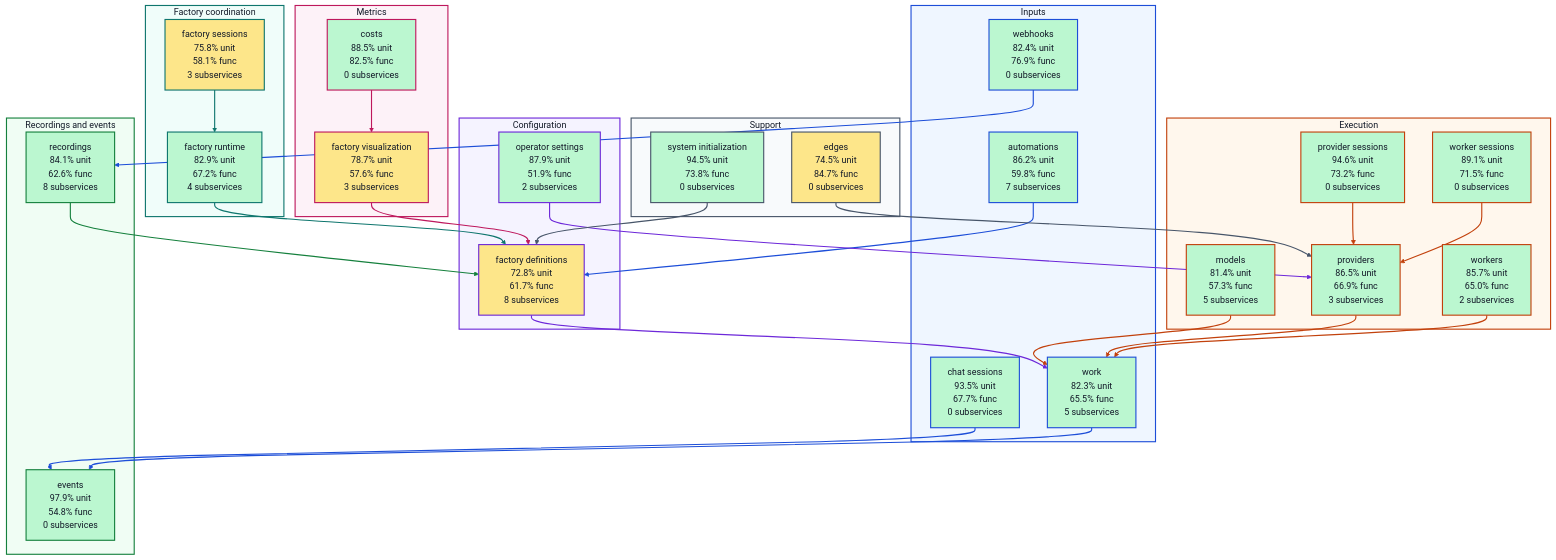
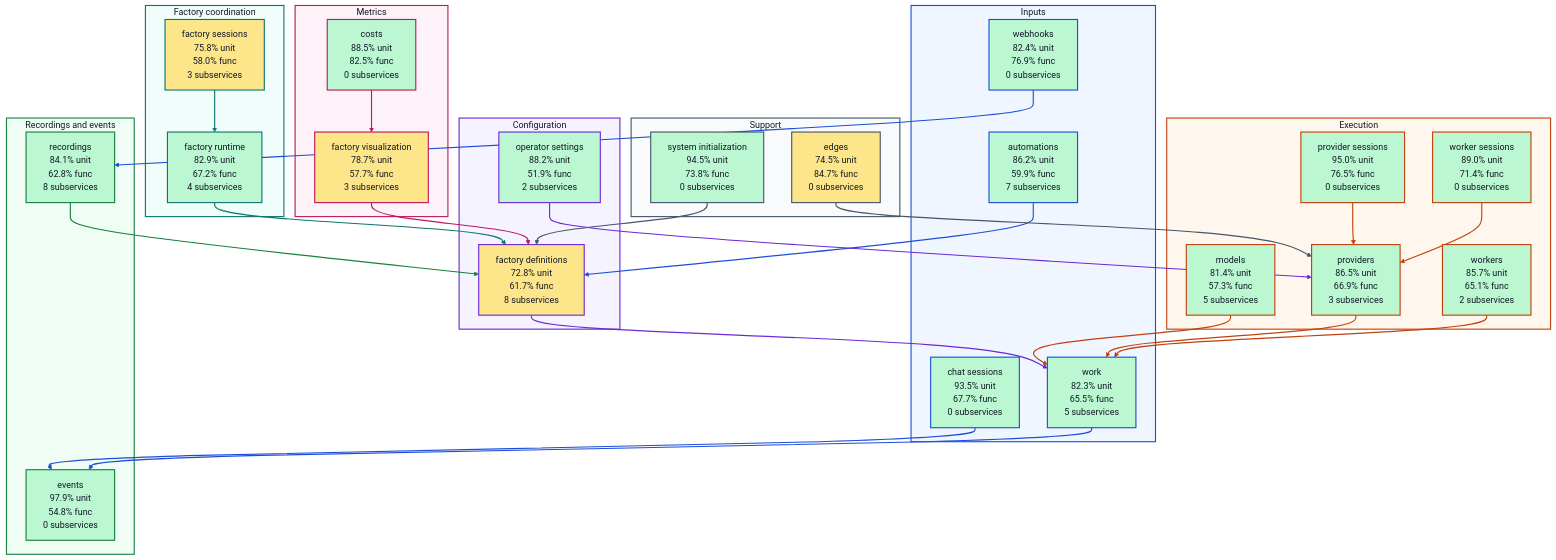
The diagram in docs/architecture/visualizations/high-level-test-coverage.md (portpowered/you-agent-factory), drawn with Mermaid before and after one commit. The commit also changed other lines of this file and 20 other files, not shown here.

Commit message:
docs: refresh backend architecture visualizations

````diff
--- a/docs/architecture/visualizations/high-level-test-coverage.md
+++ b/docs/architecture/visualizations/high-level-test-coverage.md
@@ -11,33 +11,33 @@
 ```mermaid
 flowchart TB
   subgraph input["Inputs"]
-    s_services_automations["automations<br/>86.2% unit<br/>59.8% func<br/>7 subservices"]
+    s_services_automations["automations<br/>86.2% unit<br/>59.9% func<br/>7 subservices"]
     s_services_chat_sessions["chat sessions<br/>93.5% unit<br/>67.7% func<br/>0 subservices"]
     s_services_webhooks["webhooks<br/>82.4% unit<br/>76.9% func<br/>0 subservices"]
     s_services_work["work<br/>82.3% unit<br/>65.5% func<br/>5 subservices"]
   end
   subgraph configuration["Configuration"]
     s_services_factory_definitions["factory definitions<br/>72.8% unit<br/>61.7% func<br/>8 subservices"]
-    s_services_operator_settings["operator settings<br/>87.9% unit<br/>51.9% func<br/>2 subservices"]
+    s_services_operator_settings["operator settings<br/>88.2% unit<br/>51.9% func<br/>2 subservices"]
   end
   subgraph coordination["Factory coordination"]
     s_services_factory_runtime["factory runtime<br/>82.9% unit<br/>67.2% func<br/>4 subservices"]
-    s_services_factory_sessions["factory sessions<br/>75.8% unit<br/>58.1% func<br/>3 subservices"]
+    s_services_factory_sessions["factory sessions<br/>75.8% unit<br/>58.0% func<br/>3 subservices"]
   end
   subgraph execution["Execution"]
     s_services_models["models<br/>81.4% unit<br/>57.3% func<br/>5 subservices"]
-    s_services_provider_sessions["provider sessions<br/>94.6% unit<br/>73.2% func<br/>0 subservices"]
+    s_services_provider_sessions["provider sessions<br/>95.0% unit<br/>76.5% func<br/>0 subservices"]
     s_services_providers["providers<br/>86.5% unit<br/>66.9% func<br/>3 subservices"]
-    s_services_worker_sessions["worker sessions<br/>89.1% unit<br/>71.5% func<br/>0 subservices"]
-    s_services_workers["workers<br/>85.7% unit<br/>65.0% func<br/>2 subservices"]
+    s_services_worker_sessions["worker sessions<br/>89.0% unit<br/>71.4% func<br/>0 subservices"]
+    s_services_workers["workers<br/>85.7% unit<br/>65.1% func<br/>2 subservices"]
   end
   subgraph recordings["Recordings and events"]
     s_services_events["events<br/>97.9% unit<br/>54.8% func<br/>0 subservices"]
-    s_services_recordings["recordings<br/>84.1% unit<br/>62.6% func<br/>8 subservices"]
+    s_services_recordings["recordings<br/>84.1% unit<br/>62.8% func<br/>8 subservices"]
   end
   subgraph metrics["Metrics"]
     s_services_costs["costs<br/>88.5% unit<br/>82.5% func<br/>0 subservices"]
-    s_services_factory_visualization["factory visualization<br/>78.7% unit<br/>57.6% func<br/>3 subservices"]
+    s_services_factory_visualization["factory visualization<br/>78.7% unit<br/>57.7% func<br/>3 subservices"]
   end
   subgraph support["Support"]
     s_services_edges["edges<br/>74.5% unit<br/>84.7% func<br/>0 subservices"]
````
